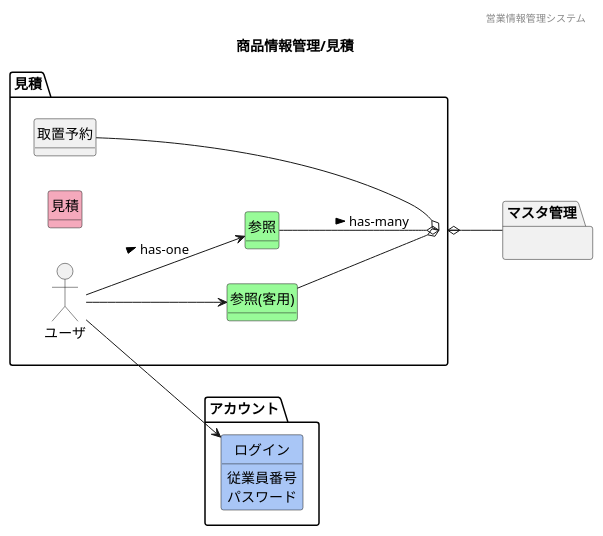
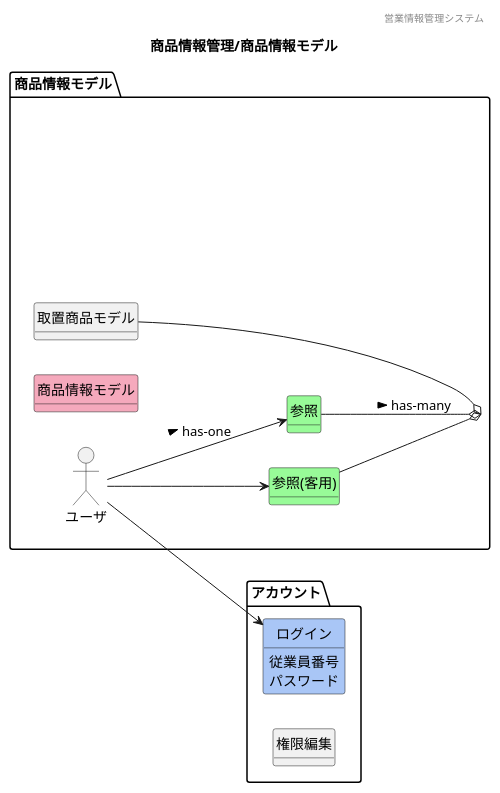
One commit to HaruShim/Sotuken changed the diagram in 各種設計書/1ドメインモデル図/商品情報管理/F10見積.plantuml. Above: the diagram before and after it, drawn with PlantUML. The commit also changed 16 other files, not shown here.

```diff
--- a/各種設計書/1ドメインモデル図/商品情報管理/F10見積.plantuml
+++ b/各種設計書/1ドメインモデル図/商品情報管理/F10見積.plantuml
@@ -1,62 +1,49 @@
-@startuml images/商品情報管理/見積
+@startuml images/商品情報管理/商品情報モデル
 ' ヘッダー
 header 営業情報管理システム
 ' タイトル
-title 商品情報管理/見積
+title 商品情報管理/商品情報モデル
 ' 
 hide circle
 ' 
 hide method
 left to right direction
 
 package "アカウント"{
     class "ログイン" #A9C6F6
+    class "権限編集"
 }
-package "見積" {
+package "商品情報モデル" {
     mix_actor "ユーザ"
         class "参照(客用)" #98fb98
         class "参照" #98fb98
-        class "見積" #F5A9BC
-        class "取置予約" 
+        class "商品情報モデル" #F5A9BC
+        class "取置商品モデル" 
 }
 
-package "マスタ管理"{
-}
+' package "マスタ管理"{
+' }
 
-
-        ' class "" #F5A9BC
-        ' class "" #ffd700
-
-    'モデル同士の関係
-    ' 見積
     ユーザ --> 参照 : > has-one
     ユーザ --> "参照(客用)"
     ユーザ --> ログイン
-    参照 --o 見積 : > has-many
-    "参照(客用)" --o 見積
-    見積 o-- 取置予約
-    見積 o-- マスタ管理
+    参照 --o 商品情報モデル : > has-many
+    "参照(客用)" --o 商品情報モデル
+    商品情報モデル o-- 取置商品モデル
+    ' 商品情報モデル o-- マスタ管理
     ログイン : 従業員番号
     ログイン : パスワード
     
-    ' 'モデル同士の関係
-    ' ユーザ -- 参照
-    ' ユーザ -- "参照(客用)"
-    ' ユーザ -- ログイン
-    ' 参照 -- 見積
-    ' "参照(客用)" -- 見積
-    ' 見積 -- 取置予約
-    ' 見積-- マスタ管理
-    ' 'モデル同士の関係
-    ' ' 見積
-    ' ユーザ -- 参照
-    ' ユーザ -- "参照(お客様用)"
-    ' ユーザ -- ログイン
-    ' 参照 -- 見積
-    ' "参照(お客様用)" -- 見積
-    ' 見積 -- 取置予約
-    ' 見積-- マスタ管理
-    ' ログイン : 従業員ID
-    ' ログイン : パスワード
+    商品情報モデル : 商品コード
+    商品情報モデル : JANコード
+    商品情報モデル : 型番
+    商品情報モデル : メーカー名
+    商品情報モデル : 店舗ID
+    商品情報モデル : カテゴリ
+    商品情報モデル : 商品状態
+    商品情報モデル : 仕入価格
+    商品情報モデル : 商品画像
+    商品情報モデル : 作成日時
+    商品情報モデル : 最終更新日時
 
 @enduml
```
